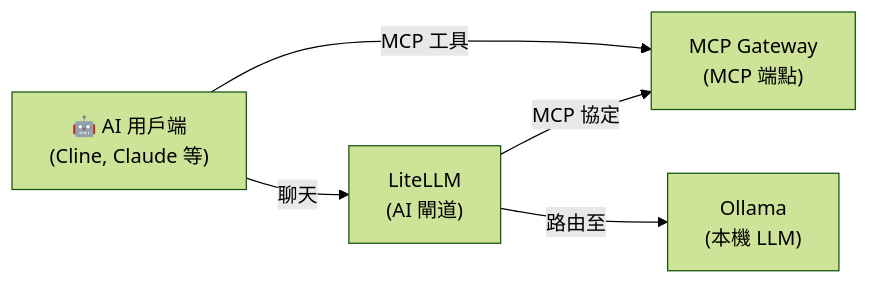
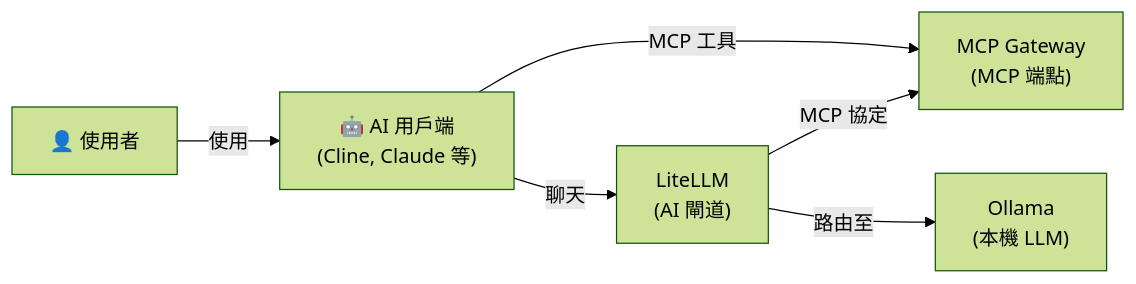
The diagram in stacks/ai-tools/README-zh-Hant.md (hwdsl2/self-hosted-ai-stack), drawn with Mermaid (forest theme) before and after one commit. The commit also changed 7 other files, not shown here.

````diff
--- a/stacks/ai-tools/README-zh-Hant.md
+++ b/stacks/ai-tools/README-zh-Hant.md
@@ -13,7 +13,8 @@
 ```mermaid
 graph LR
-    C["🤖 AI 用戶端<br/>(Cline, Claude 等)"] -->|MCP 工具| M["MCP Gateway<br/>(MCP 端點)"]
+    U["👤 使用者"] -->|使用| C["🤖 AI 用戶端<br/>(Cline, Claude 等)"]
+    C -->|MCP 工具| M["MCP Gateway<br/>(MCP 端點)"]
     C -->|聊天| L["LiteLLM<br/>(AI 閘道)"]
     L -->|路由至| O["Ollama<br/>(本機 LLM)"]
     L -->|MCP 協定| M
 ```
````
